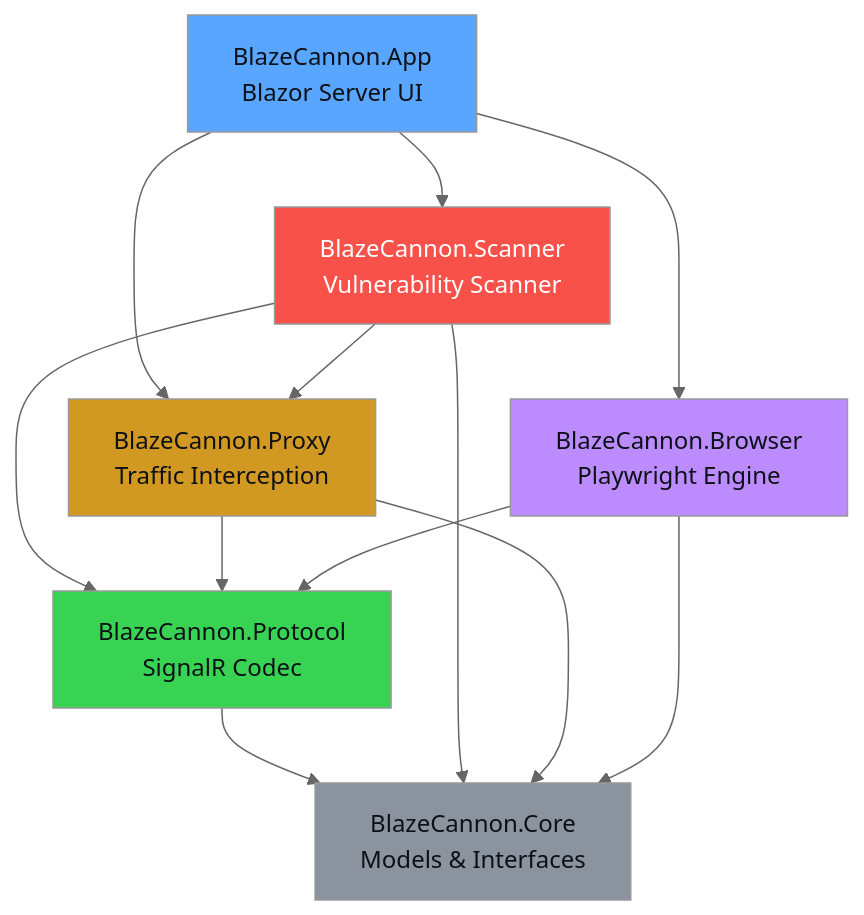
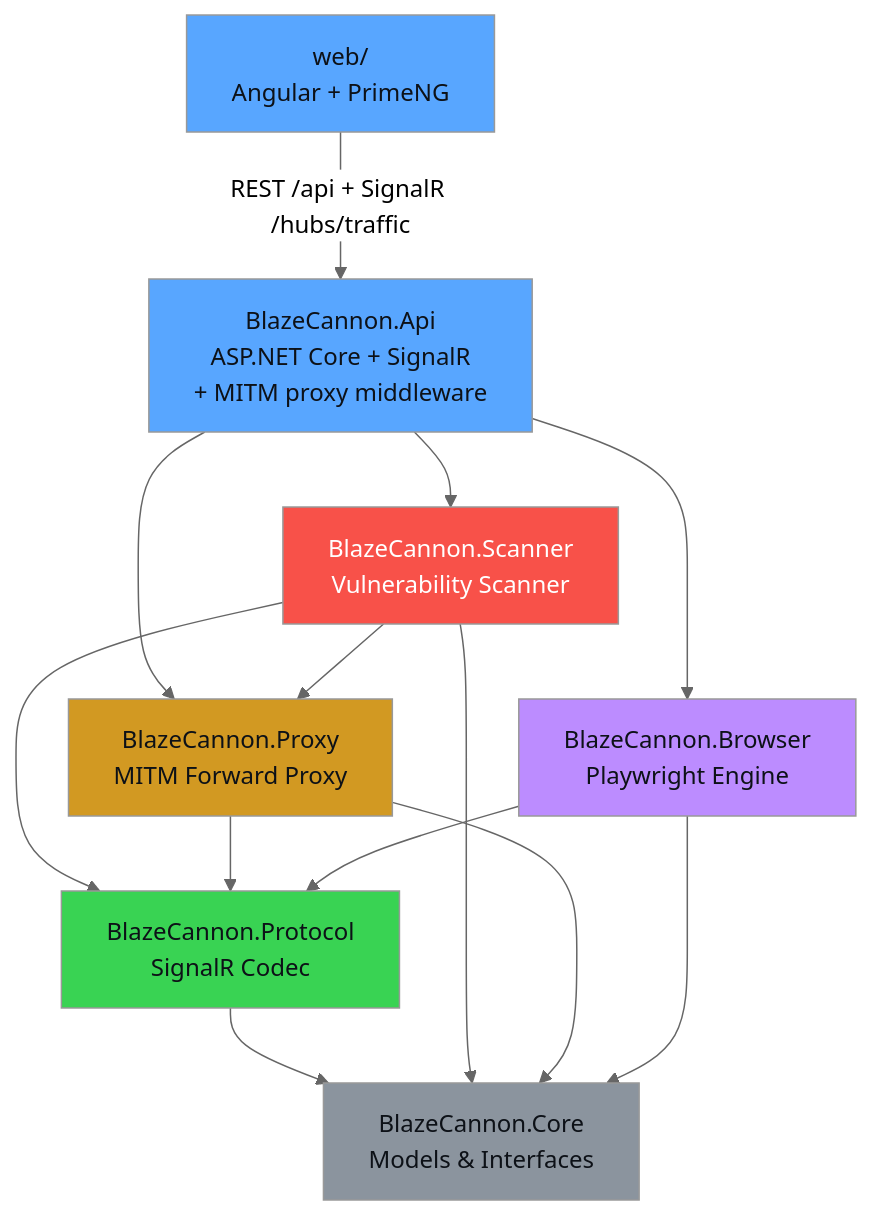
The first of 3 diagrams in README.md (MathewUlanowski/BlazeCannon), drawn with Mermaid (neutral theme) before and after one commit. The commit also changed other lines of this file and 2 other files, not shown here.

First line of the commit message:
docs: rewrite README for the API + Angular architecture (v0.4.1)

````diff
--- a/README.md
+++ b/README.md
@@ -9,21 +11,23 @@
 ```mermaid
 graph TD
-    A[BlazeCannon.App<br/>Blazor Server UI] --> B[BlazeCannon.Scanner<br/>Vulnerability Scanner]
-    A --> C[BlazeCannon.Proxy<br/>Traffic Interception]
+    W[web/<br/>Angular + PrimeNG] -->|REST /api + SignalR /hubs/traffic| A[BlazeCannon.Api<br/>ASP.NET Core + SignalR<br/>+ MITM proxy middleware]
+    A --> B[BlazeCannon.Scanner<br/>Vulnerability Scanner]
+    A --> C[BlazeCannon.Proxy<br/>MITM Forward Proxy]
     A --> D[BlazeCannon.Browser<br/>Playwright Engine]
     B --> C
     B --> E[BlazeCannon.Protocol<br/>SignalR Codec]
     C --> E
     D --> E
     E --> F[BlazeCannon.Core<br/>Models & Interfaces]
     B --> F
     C --> F
     D --> F
 
+    style W fill:#58a6ff,color:#0d1117
     style A fill:#58a6ff,color:#0d1117
     style B fill:#f85149,color:#fff
     style C fill:#d29922,color:#0d1117
     style D fill:#bc8cff,color:#0d1117
     style E fill:#39d353,color:#0d1117
     style F fill:#8b949e,color:#0d1117
 ```
````
